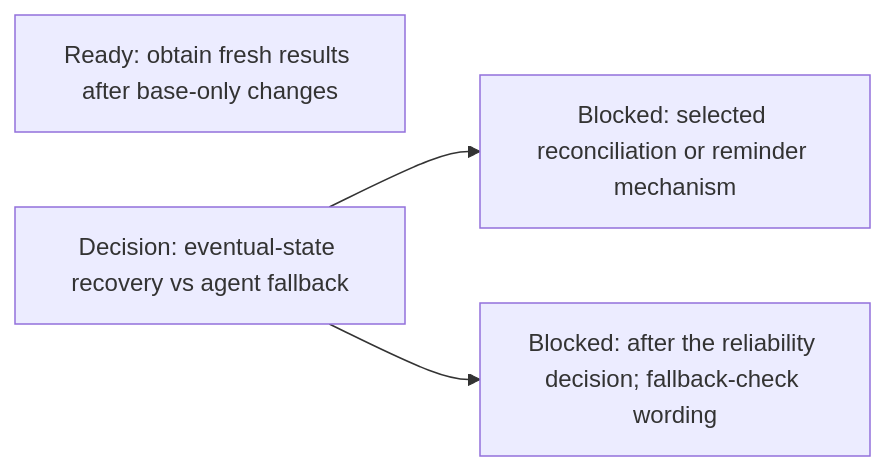
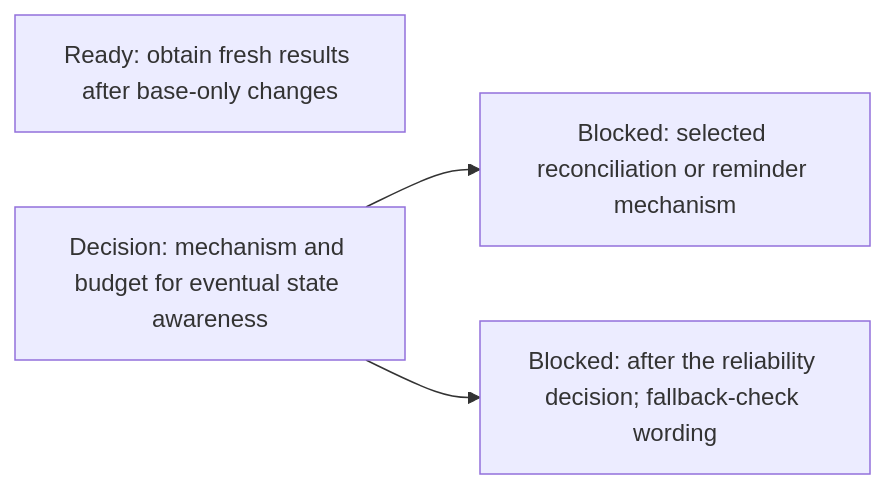
The fifth of 21 diagrams in agentplane/plans/task_dag.md (agentydragon-agent/ducktape), drawn with Mermaid before and after one commit. The commit also changed other lines of this file, not shown here.

First line of the commit message:
Set eventual GitHub state awareness as the recovery target (#12374)

````diff
--- a/agentplane/plans/task_dag.md
+++ b/agentplane/plans/task_dag.md
@@ -245,9 +248,9 @@
 ```mermaid
 flowchart LR
     GITHUB_MERGEABILITY_FRESHNESS[Ready: obtain fresh results after base-only changes]
-    GITHUB_NOTICE_RELIABILITY_DESIGN[Decision: eventual-state recovery vs agent fallback]
+    GITHUB_NOTICE_RELIABILITY_DESIGN[Decision: mechanism and budget for eventual state awareness]
     GITHUB_NOTIFICATION_RECOVERY[Blocked: selected reconciliation or reminder mechanism]
     GITHUB_SHEPHERD_GUIDANCE[Blocked: after the reliability decision; fallback-check wording]
     GITHUB_NOTICE_RELIABILITY_DESIGN --> GITHUB_NOTIFICATION_RECOVERY
     GITHUB_NOTICE_RELIABILITY_DESIGN --> GITHUB_SHEPHERD_GUIDANCE
 ```
````
